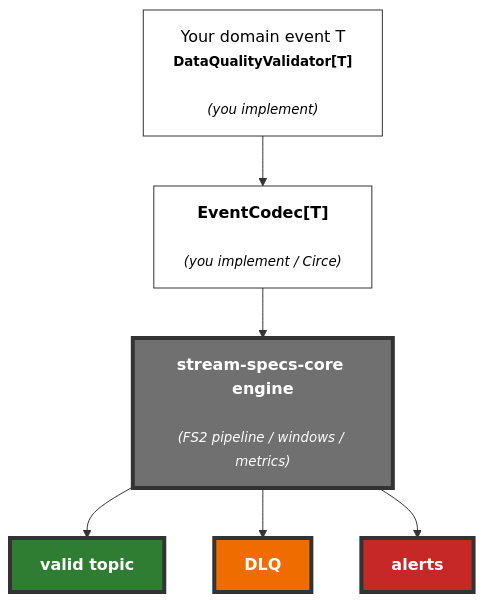
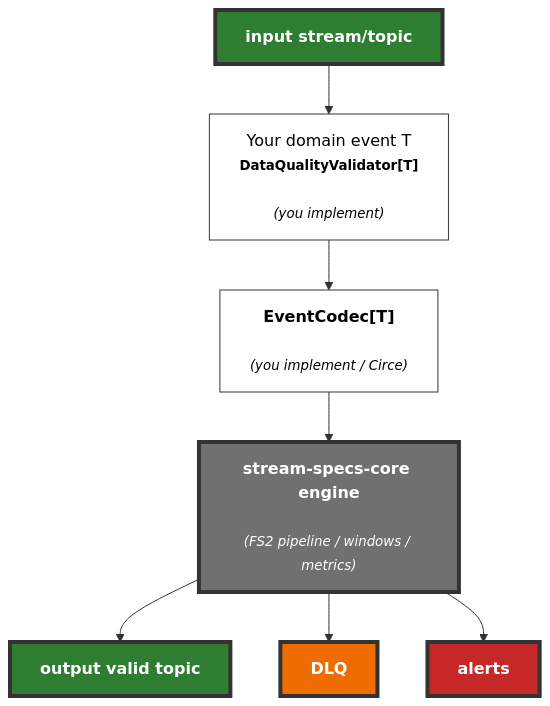
Before and after one commit to bieli/StreamSpecs: the diagram in README.md, drawn with Mermaid.

Commit message:
Update output topic label in README

````diff
--- a/README.md
+++ b/README.md
@@ -7,22 +7,25 @@
 ```mermaid
 graph TD
+    INPUT_TOPIC["<b>input stream/topic</b>"]
     INPUT1["Your domain event T<br><small><b>DataQualityValidator[T]</b><br><br><i>(you implement)</i></small>"]
     INPUT2["<b>EventCodec[T]</b><br><small><i><br>(you implement / Circe)</i></small>"]
     CORE["<b>stream-specs-core engine</b><br><br><small><i>(FS2 pipeline / windows / metrics)</i></small>"]
-    OUTPUT1["<b>valid topic</b>"]
+    OUTPUT1["<b>output valid topic</b>"]
     OUTPUT2["<b>DLQ</b>"]
     OUTPUT3["<b>alerts</b>"]
     
+    INPUT_TOPIC --> INPUT1
     INPUT1 --> INPUT2
     INPUT2 --> CORE
     CORE --> OUTPUT1
     CORE --> OUTPUT2
     CORE --> OUTPUT3
 
     style CORE fill:#707070,stroke:#333,stroke-width:4px,color:#fff
     style OUTPUT1 fill:#2e7d32,stroke:#333,stroke-width:4px,color:#fff
     style OUTPUT2 fill:#ef6c00,stroke:#333,stroke-width:4px,color:#fff
     style OUTPUT3 fill:#c62828,stroke:#333,stroke-width:4px,color:#fff
     style INPUT1 fill:#fff,stroke:#333,stroke-width:1px,color:#000
     style INPUT2 fill:#fff,stroke:#333,stroke-width:1px,color:#000
+    style INPUT_TOPIC fill:#2e7d32,stroke:#333,stroke-width:4px,color:#fff
 ```
````
